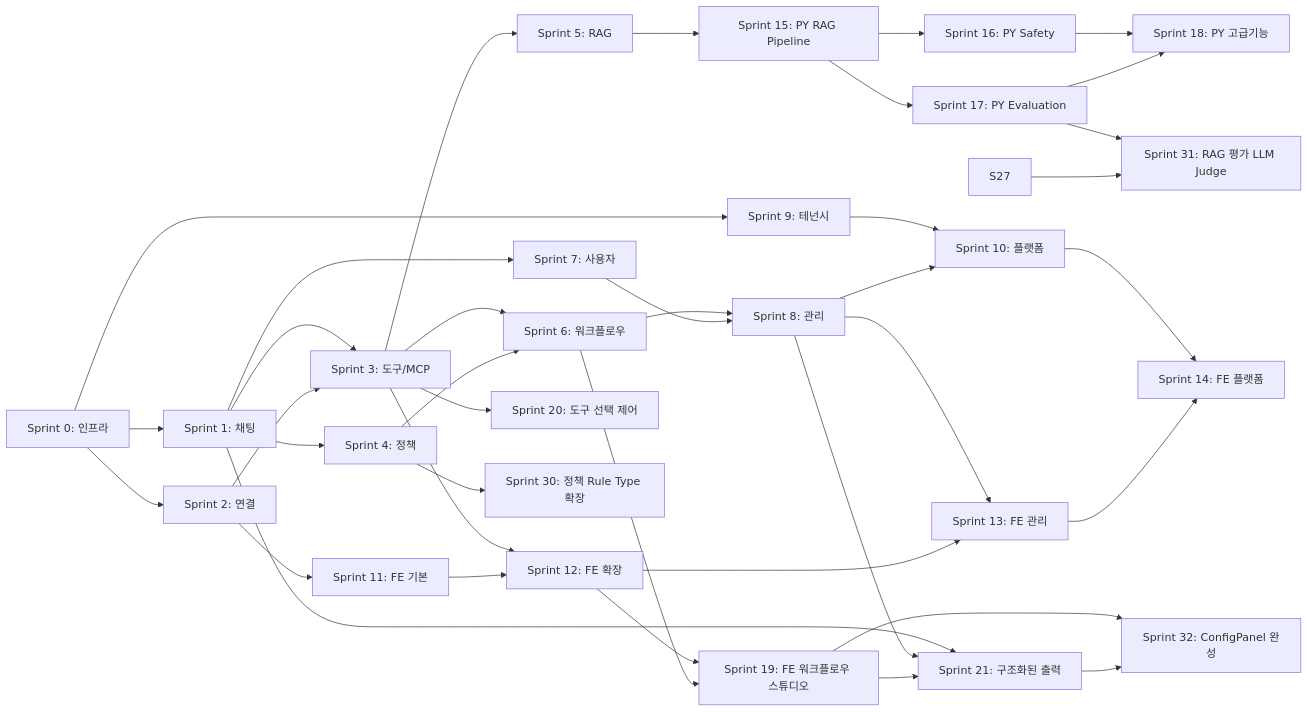
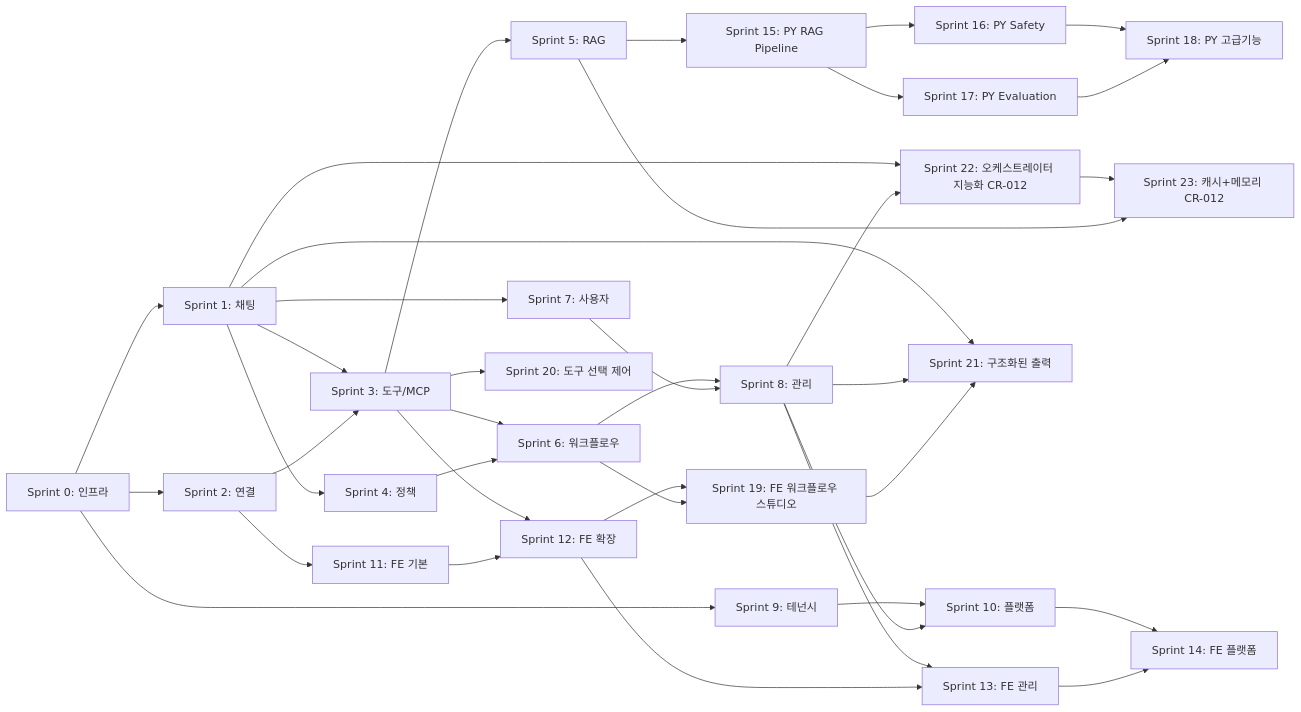
One commit to johnnykim7/aimbase changed the first of 3 diagrams in docs/T3-6_실행_지시서.md. Above: the diagram before and after it, drawn with Mermaid. The commit also changed other lines of this file and 96 other files, not shown here.

````diff
--- a/docs/T3-6_실행_지시서.md
+++ b/docs/T3-6_실행_지시서.md
@@ -304,40 +302,39 @@
 ```mermaid
 flowchart LR
     S0[Sprint 0: 인프라] --> S1[Sprint 1: 채팅]
     S0 --> S2[Sprint 2: 연결]
     S1 --> S3[Sprint 3: 도구/MCP]
     S2 --> S3
     S1 --> S4[Sprint 4: 정책]
     S3 --> S5[Sprint 5: RAG]
     S3 --> S6[Sprint 6: 워크플로우]
     S4 --> S6
     S1 --> S7[Sprint 7: 사용자]
     S6 --> S8[Sprint 8: 관리]
     S7 --> S8
     S0 --> S9[Sprint 9: 테넌시]
     S9 --> S10[Sprint 10: 플랫폼]
     S8 --> S10
     S2 --> S11[Sprint 11: FE 기본]
     S3 --> S12[Sprint 12: FE 확장]
     S11 --> S12
     S8 --> S13[Sprint 13: FE 관리]
     S12 --> S13
     S10 --> S14[Sprint 14: FE 플랫폼]
     S13 --> S14
     S5 --> S15[Sprint 15: PY RAG Pipeline]
     S15 --> S16[Sprint 16: PY Safety]
     S15 --> S17[Sprint 17: PY Evaluation]
     S16 --> S18[Sprint 18: PY 고급기능]
     S17 --> S18
     S12 --> S19[Sprint 19: FE 워크플로우 스튜디오]
     S6 --> S19
     S3 --> S20[Sprint 20: 도구 선택 제어]
     S1 --> S21[Sprint 21: 구조화된 출력]
     S8 --> S21
     S19 --> S21
-    S4 --> S30[Sprint 30: 정책 Rule Type 확장]
-    S17 --> S31[Sprint 31: RAG 평가 LLM Judge]
-    S27 --> S31
-    S19 --> S32[Sprint 32: ConfigPanel 완성]
-    S21 --> S32
+    S1 --> S22B[Sprint 22: 오케스트레이터 지능화 CR-012]
+    S8 --> S22B
+    S22B --> S23B[Sprint 23: 캐시+메모리 CR-012]
+    S5 --> S23B
 ```
````
